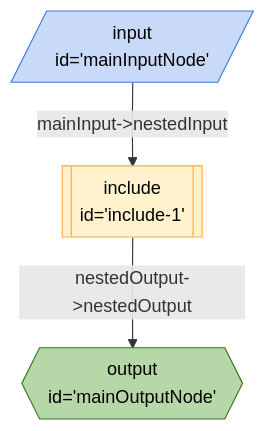
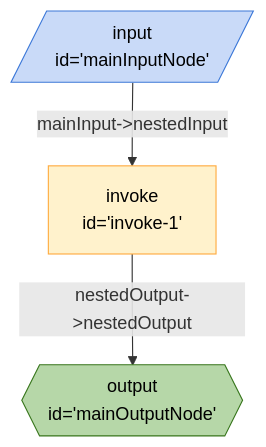
The diagram in samples/Breadboard Walkthrough/src/include-board-as-a-node-with-url/README.md (GoogleChromeLabs/breadboard-samples), drawn with Mermaid before and after one commit. The commit also changed other lines of this file and 2 other files, not shown here.

Commit message:
Changed to use invoke

````diff
--- a/samples/Breadboard Walkthrough/src/include-board-as-a-node-with-url/README.md
+++ b/samples/Breadboard Walkthrough/src/include-board-as-a-node-with-url/README.md
@@ -3,14 +3,14 @@
 ```mermaid
 %%{init: 'themeVariables': { 'fontFamily': 'Fira Code, monospace' }}%%
 graph TD;
-include1[["include <br> id='include-1'"]]:::include -- "nestedOutput->nestedOutput" --> mainOutputNode{{"output <br> id='mainOutputNode'"}}:::output
-mainInputNode[/"input <br> id='mainInputNode'"/]:::input -- "mainInput->nestedInput" --> include1[["include <br> id='include-1'"]]:::include
+invoke1["invoke <br> id='invoke-1'"] -- "nestedOutput->nestedOutput" --> mainOutputNode{{"output <br> id='mainOutputNode'"}}:::output
+mainInputNode[/"input <br> id='mainInputNode'"/]:::input -- "mainInput->nestedInput" --> invoke1["invoke <br> id='invoke-1'"]
 classDef default stroke:#ffab40,fill:#fff2ccff,color:#000
 classDef input stroke:#3c78d8,fill:#c9daf8ff,color:#000
 classDef output stroke:#38761d,fill:#b6d7a8ff,color:#000
 classDef passthrough stroke:#a64d79,fill:#ead1dcff,color:#000
 classDef slot stroke:#a64d79,fill:#ead1dcff,color:#000
 classDef config stroke:#a64d79,fill:#ead1dcff,color:#000
 classDef secrets stroke:#db4437,fill:#f4cccc,color:#000
 classDef slotted stroke:#a64d79
 ```
````
